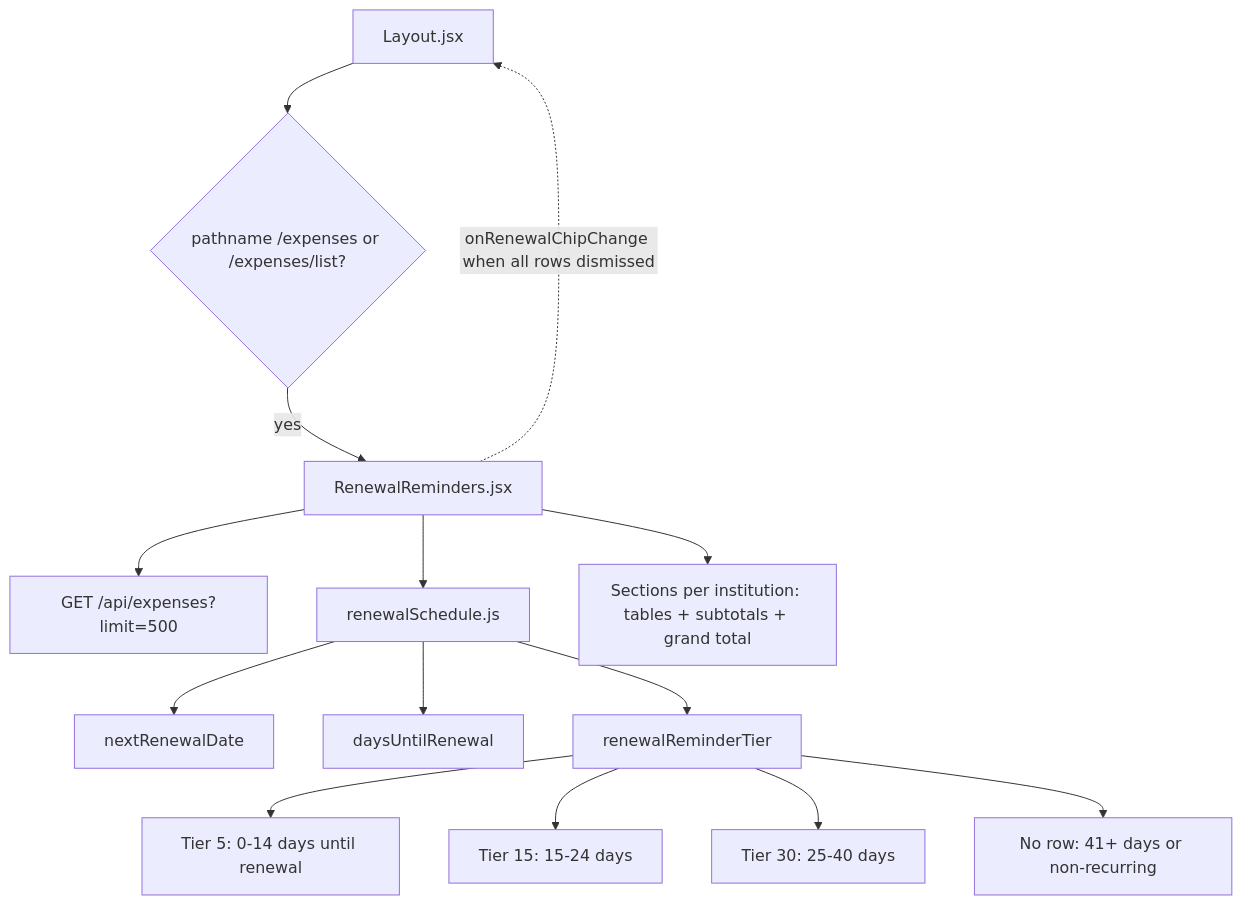
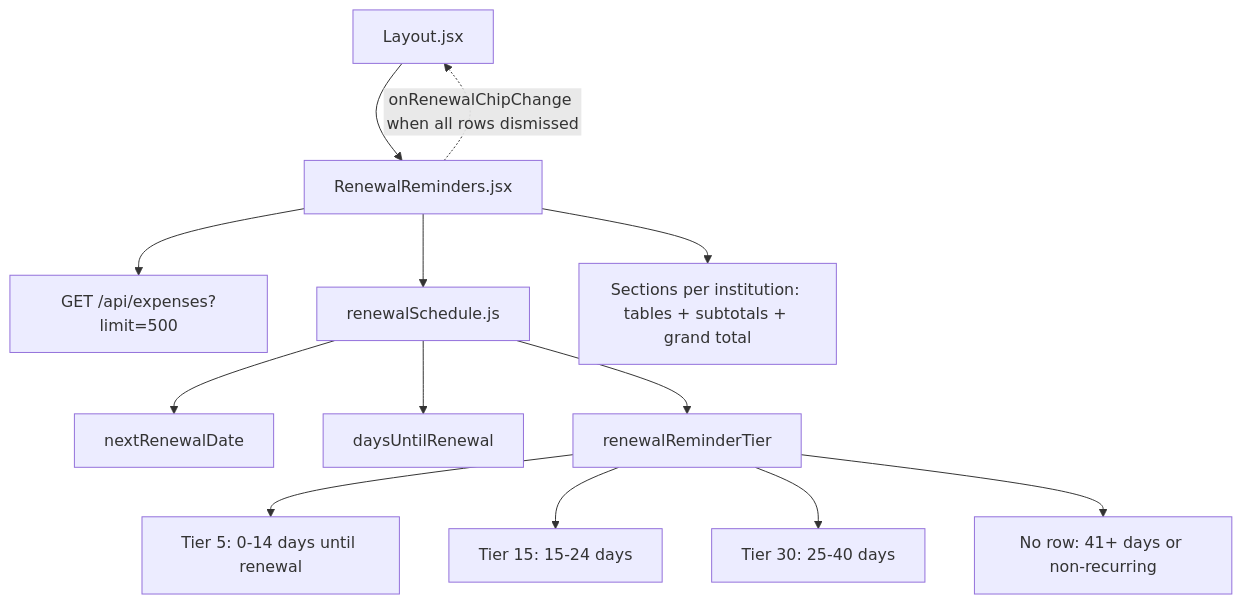
One commit to becomeonewiththecode/expense_tracker changed the eighth of 11 diagrams in docs/ARCHITECTURE_DIAGRAM.md. Above: the diagram before and after it, drawn with Mermaid. The commit also changed other lines of this file and 6 other files, not shown here.

````diff
--- a/docs/ARCHITECTURE_DIAGRAM.md
+++ b/docs/ARCHITECTURE_DIAGRAM.md
@@ -256,21 +256,19 @@
 ```mermaid
 flowchart TD
   L[Layout.jsx]
-  R{pathname /expenses or /expenses/list?}
   RR[RenewalReminders.jsx]
   API["GET /api/expenses?limit=500"]
   RS[renewalSchedule.js]
-  L --> R
-  R -->|yes| RR
+  L --> RR
   RR --> API
   RR --> RS
   RS --> N[nextRenewalDate]
   RS --> D[daysUntilRenewal]
   RS --> T[renewalReminderTier]
   T --> B1["Tier 5: 0-14 days until renewal"]
   T --> B2["Tier 15: 15-24 days"]
   T --> B3["Tier 30: 25-40 days"]
   T --> X[No row: 41+ days or non-recurring]
   RR --> TAB["Sections per institution: tables + subtotals + grand total"]
   RR -.->|"onRenewalChipChange when all rows dismissed"| L
 ```
````
